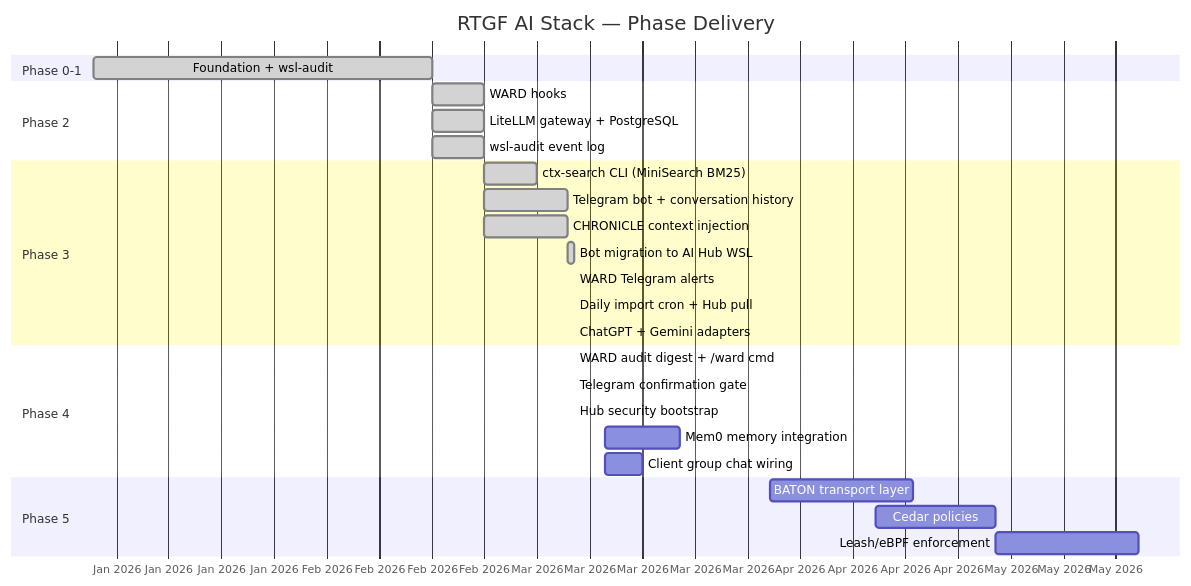
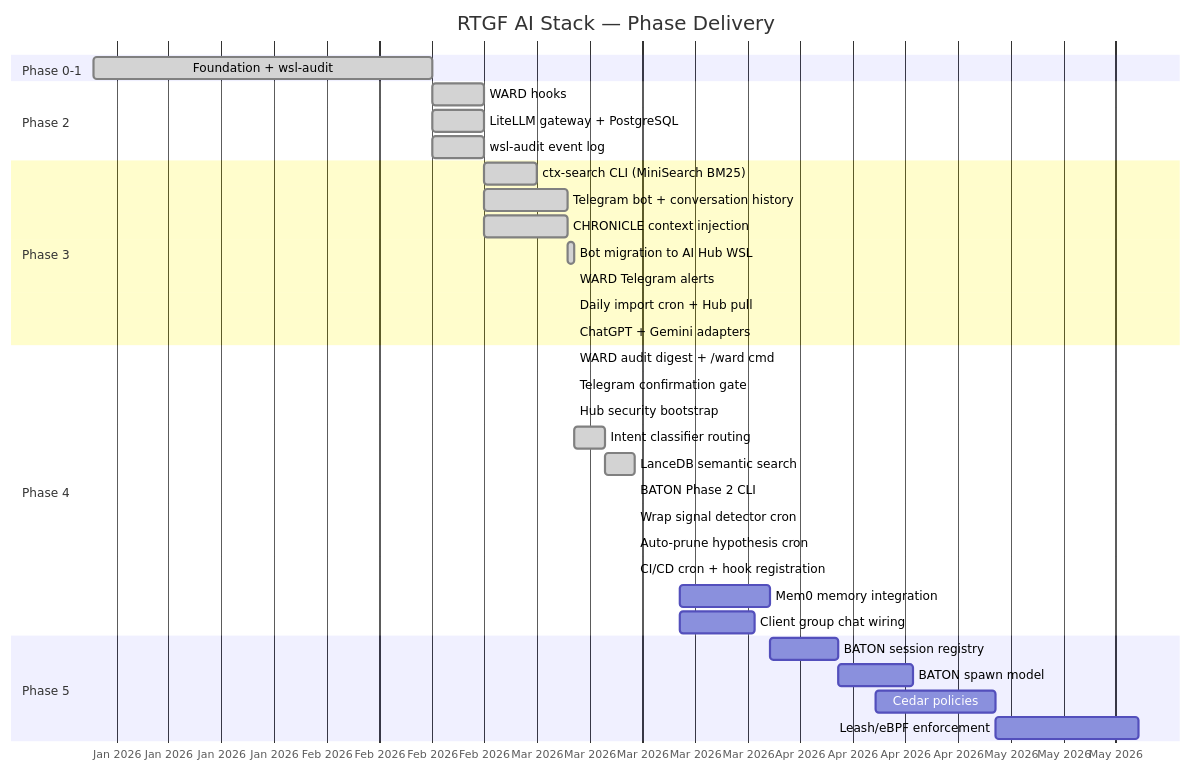
Before and after one commit to INTenX/rtgf-ai-stack: the diagram in docs/development/roadmap.md, drawn with Mermaid. The commit also changed other lines of this file and 3 other files, not shown here.

First line of the commit message:
docs: update MkDocs — BATON Phase 2, roadmap current state, nav cleanup

````diff
--- a/docs/development/roadmap.md
+++ b/docs/development/roadmap.md
@@ -5,35 +5,42 @@
 ```mermaid
 gantt
     title RTGF AI Stack — Phase Delivery
     dateFormat YYYY-MM-DD
     axisFormat %b %Y
 
     section Phase 0-1
     Foundation + wsl-audit         :done, p1, 2026-01-01, 2026-02-15
 
     section Phase 2
     WARD hooks                     :done, p2a, 2026-02-15, 2026-02-22
     LiteLLM gateway + PostgreSQL   :done, p2b, 2026-02-15, 2026-02-22
     wsl-audit event log            :done, p2c, 2026-02-15, 2026-02-22
 
     section Phase 3
     ctx-search CLI (MiniSearch BM25) :done, p3a, 2026-02-22, 2026-03-01
     Telegram bot + conversation history :done, p3b, 2026-02-22, 2026-03-05
     CHRONICLE context injection     :done, p3c, 2026-02-22, 2026-03-05
     Bot migration to AI Hub WSL    :done, p3d, 2026-03-05, 2026-03-06
     WARD Telegram alerts           :done, p3e, 2026-03-06, 2026-03-06
     Daily import cron + Hub pull   :done, p3f, 2026-03-06, 2026-03-06
     ChatGPT + Gemini adapters      :done, p3g, 2026-03-06, 2026-03-06
 
     section Phase 4
     WARD audit digest + /ward cmd  :done, p4a, 2026-03-06, 2026-03-06
     Telegram confirmation gate     :done, p4b, 2026-03-06, 2026-03-06
     Hub security bootstrap         :done, p4c, 2026-03-06, 2026-03-06
-    Mem0 memory integration        :p4d, 2026-03-10, 2026-03-20
-    Client group chat wiring       :p4e, 2026-03-10, 2026-03-15
+    Intent classifier routing      :done, p4d, 2026-03-06, 2026-03-10
+    LanceDB semantic search        :done, p4e, 2026-03-10, 2026-03-14
+    BATON Phase 2 CLI              :done, p4f, 2026-03-14, 2026-03-14
+    Wrap signal detector cron      :done, p4g, 2026-03-14, 2026-03-14
+    Auto-prune hypothesis cron     :done, p4h, 2026-03-14, 2026-03-14
+    CI/CD cron + hook registration :done, p4i, 2026-03-14, 2026-03-14
+    Mem0 memory integration        :p4j, 2026-03-20, 2026-04-01
+    Client group chat wiring       :p4k, 2026-03-20, 2026-03-30
 
     section Phase 5
-    BATON transport layer          :p5a, 2026-04-01, 2026-04-20
-    Cedar policies                 :p5b, 2026-04-15, 2026-05-01
-    Leash/eBPF enforcement         :p5c, 2026-05-01, 2026-05-20
+    BATON session registry         :p5a, 2026-04-01, 2026-04-10
+    BATON spawn model              :p5b, 2026-04-10, 2026-04-20
+    Cedar policies                 :p5c, 2026-04-15, 2026-05-01
+    Leash/eBPF enforcement         :p5d, 2026-05-01, 2026-05-20
 ```
````
